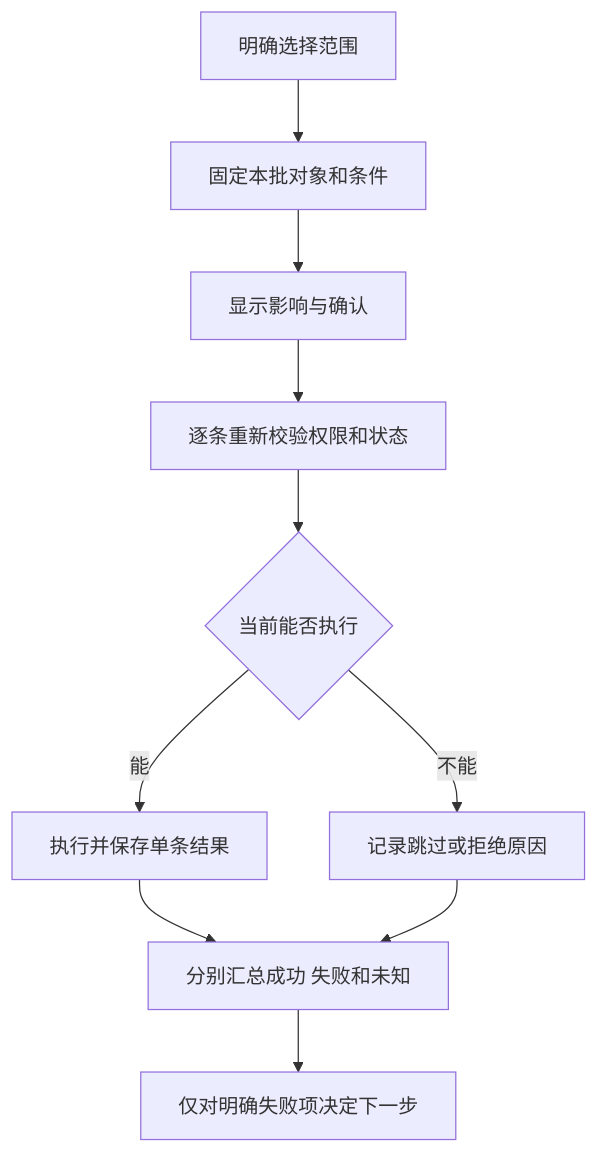
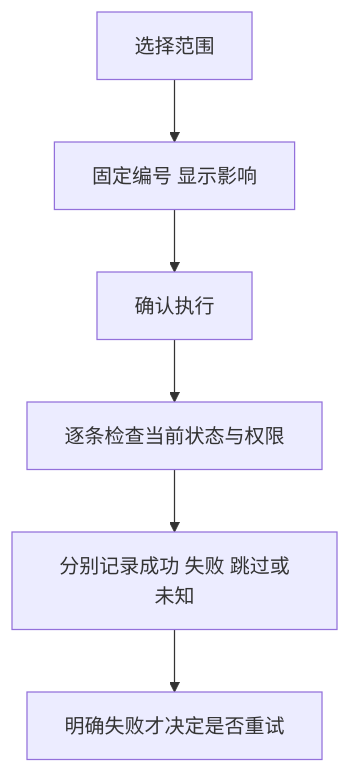
Before and after one commit to micjordan9527/game: the diagram in content/articles/admin-bulk-actions.md, drawn with Mermaid. The commit also changed other lines of this file and 15 other files, not shown here.

````diff
--- a/content/articles/admin-bulk-actions.md
+++ b/content/articles/admin-bulk-actions.md
@@ -48,12 +36,8 @@
 ```mermaid
 flowchart TD
-  A[明确选择范围] --> B[固定本批对象和条件]
-  B --> C[显示影响与确认]
-  C --> D[逐条重新校验权限和状态]
-  D --> E{当前能否执行}
-  E -->|不能| F[记录跳过或拒绝原因]
-  E -->|能| G[执行并保存单条结果]
-  G --> H[分别汇总成功 失败和未知]
-  F --> H
-  H --> I[仅对明确失败项决定下一步]
+  A[选择范围] --> B[固定编号 显示影响]
+  B --> C[确认执行]
+  C --> D[逐条检查当前状态与权限]
+  D --> E[分别记录成功 失败 跳过或未知]
+  E --> F[明确失败才决定是否重试]
 ```
````
